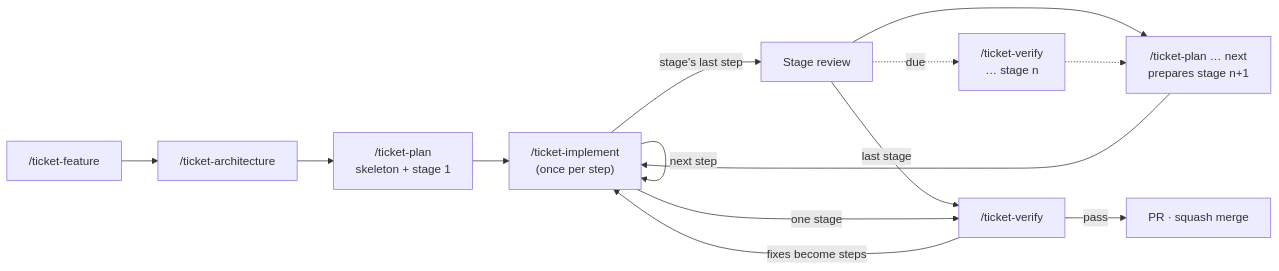
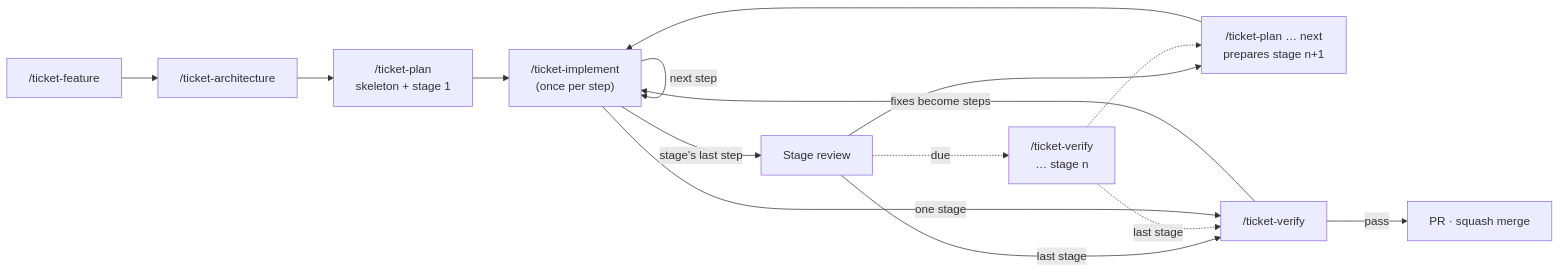
One commit to khotei/app-template changed the first of 3 diagrams in docs/knowledge/sdd.md. Above: the diagram before and after it, drawn with Mermaid. The commit also changed other lines of this file, not shown here.

First line of the commit message:
:memo: docs(sdd-stages): S6.3 (REVIEW) Name staged plans, verify last stage

````diff
--- a/docs/knowledge/sdd.md
+++ b/docs/knowledge/sdd.md
@@ -7,15 +7,16 @@
 ```mermaid
 graph LR
   F["/ticket-feature"] --> A["/ticket-architecture"] --> P["/ticket-plan<br/>skeleton + stage 1"]
   P --> I["/ticket-implement<br/>(once per step)"]
   I -->|next step| I
   I -->|stage's last step| R[Stage review]
   R -.->|due| SV["/ticket-verify<br/>… stage n"]
   R --> N["/ticket-plan … next<br/>prepares stage n+1"]
   SV -.-> N
   N --> I
   R -->|last stage| V["/ticket-verify"]
+  SV -.->|last stage| V
   I -->|one stage| V
   V -->|fixes become steps| I
   V -->|pass| PR[PR · squash merge]
 ```
````
